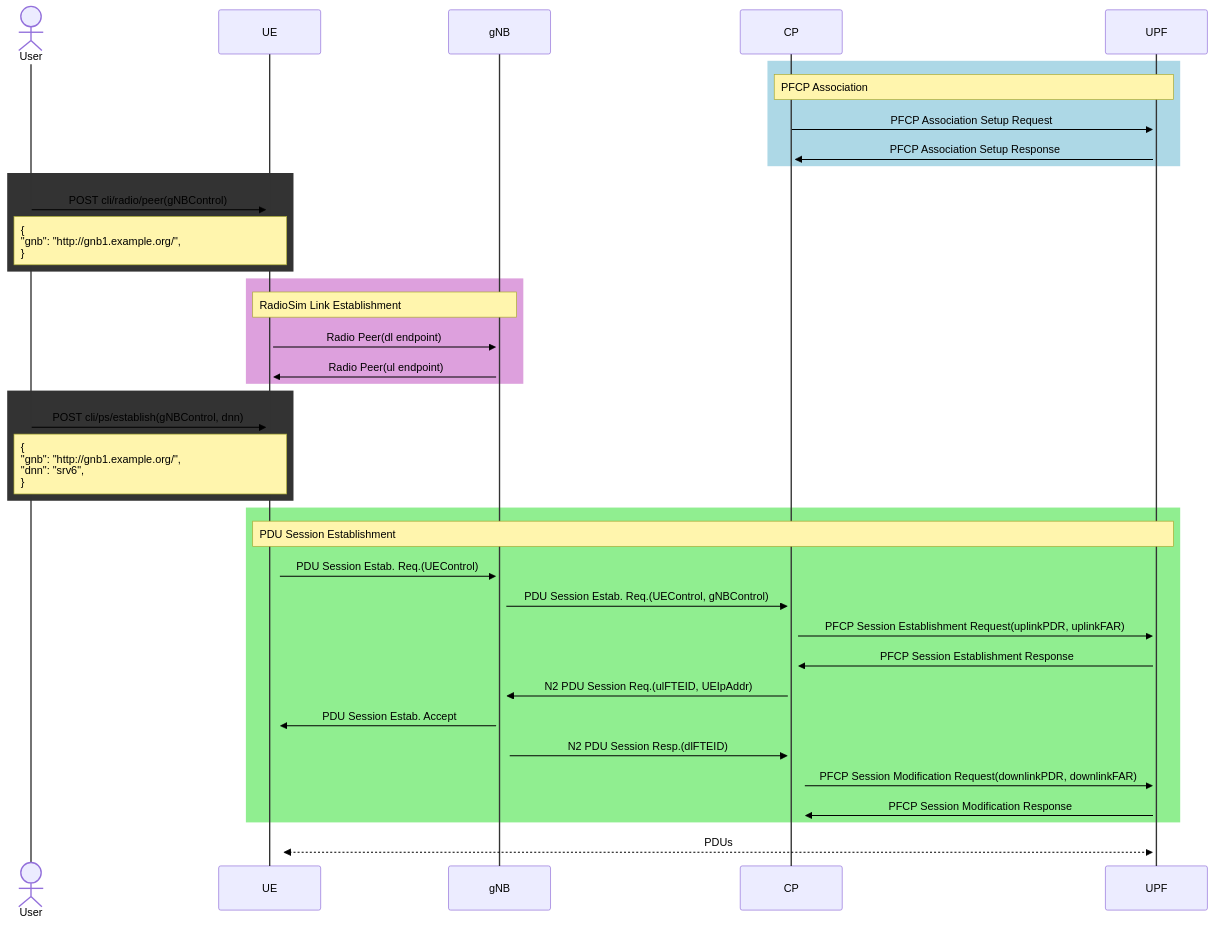
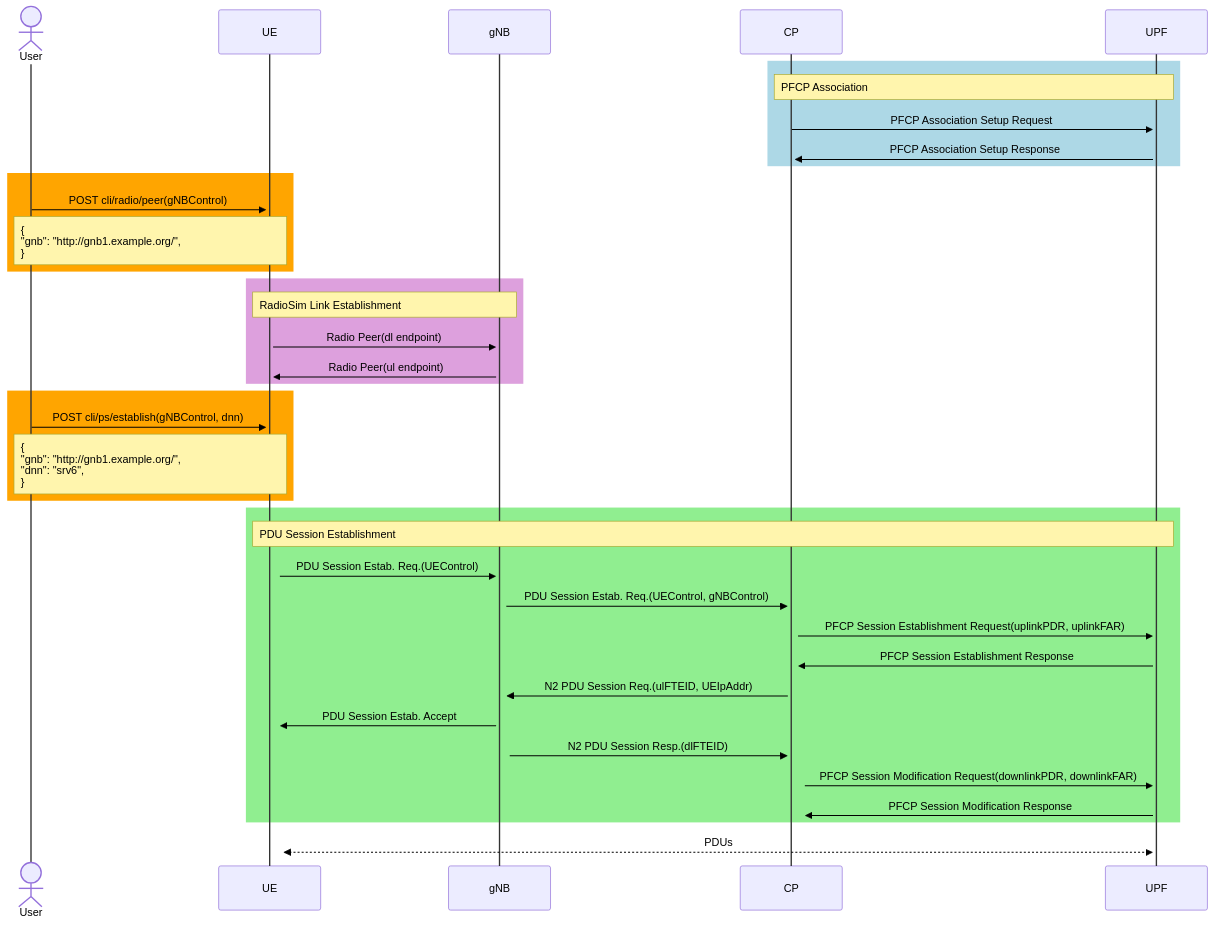
Before and after one commit to nextmn/testbed: the first of 5 diagrams in doc/nextmn-lite.md, drawn with Mermaid.

````diff
--- a/doc/nextmn-lite.md
+++ b/doc/nextmn-lite.md
@@ -5,40 +5,40 @@
 ```mermaid
 %%{init: { 'sequence': {'noteAlign': 'left'} , 'themeVariables':{'actorLineColor': '#333333', 'signalColor': '#000000', 'signalTextColor':'#000000'} }}%%
 sequenceDiagram
 actor User
 participant UE
 participant gNB
 participant CP
 participant UPF
 rect LightBlue
     note over CP,UPF: PFCP Association
     CP->>+UPF: PFCP Association Setup Request
     UPF->>+CP: PFCP Association Setup Response
 end
-rect LightOrange
+rect Orange
     User->>+UE: POST cli/radio/peer(gNBControl)
     note over User,UE: {<br>"gnb": "http://gnb1.example.org/",<br>}
 end
 rect Plum
     note over UE, gNB: RadioSim Link Establishment
     UE->>+gNB: Radio Peer(dl endpoint)
     gNB->>+UE: Radio Peer(ul endpoint)
 end
-rect LightOrange
+rect Orange
     User->>+UE: POST cli/ps/establish(gNBControl, dnn)
     note over User,UE: {<br>"gnb": "http://gnb1.example.org/",<br>"dnn": "srv6",<br>}
 end
 rect LightGreen
     note over UE,UPF: PDU Session Establishment
     UE->>+gNB: PDU Session Estab. Req.(UEControl)
     gNB->>+CP: PDU Session Estab. Req.(UEControl, gNBControl)
     CP->>+UPF: PFCP Session Establishment Request(uplinkPDR, uplinkFAR)
     UPF->>+CP: PFCP Session Establishment Response
     CP->>+gNB: N2 PDU Session Req.(ulFTEID, UEIpAddr)
     gNB->>+UE: PDU Session Estab. Accept
     gNB->>+CP: N2 PDU Session Resp.(dlFTEID)
     CP->>+UPF: PFCP Session Modification Request(downlinkPDR, downlinkFAR)
     UPF->>+CP: PFCP Session Modification Response
 end
 UE<<-->>+UPF: PDUs
 ```
````
